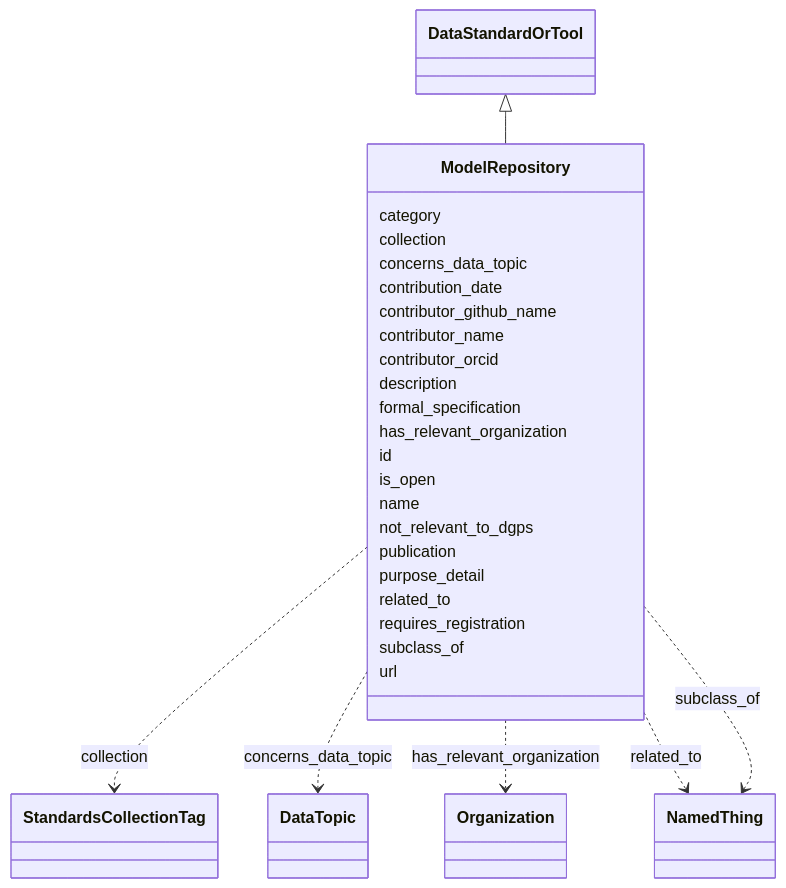
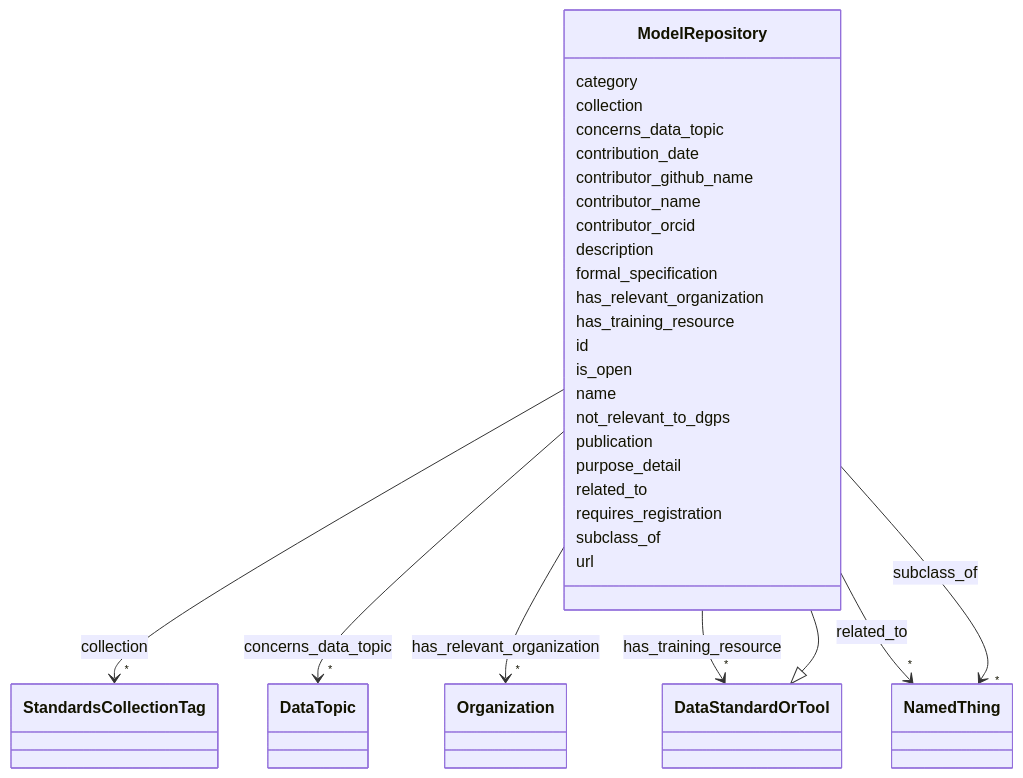
One commit to bridge2ai/standards-schemas changed the diagram in docs/ModelRepository.md. Above: the diagram before and after it, drawn with Mermaid. The commit also changed other lines of this file and 212 other files, not shown here.

````diff
--- a/docs/ModelRepository.md
+++ b/docs/ModelRepository.md
@@ -11,17 +19,29 @@
 ```mermaid
  classDiagram
     class ModelRepository
+    click ModelRepository href "../ModelRepository"
       DataStandardOrTool <|-- ModelRepository
+        click DataStandardOrTool href "../DataStandardOrTool"
       
       ModelRepository : category
         
       ModelRepository : collection
         
-          ModelRepository ..> StandardsCollectionTag : collection
+          
+    
+    
+    ModelRepository --> "*" StandardsCollectionTag : collection
+    click StandardsCollectionTag href "../StandardsCollectionTag"
+
         
       ModelRepository : concerns_data_topic
         
-          ModelRepository ..> DataTopic : concerns_data_topic
+          
+    
+    
+    ModelRepository --> "*" DataTopic : concerns_data_topic
+    click DataTopic href "../DataTopic"
+
         
       ModelRepository : contribution_date
         
@@ -37,7 +57,21 @@
         
       ModelRepository : has_relevant_organization
         
-          ModelRepository ..> Organization : has_relevant_organization
+          
+    
+    
+    ModelRepository --> "*" Organization : has_relevant_organization
+    click Organization href "../Organization"
+
+        
+      ModelRepository : has_training_resource
+        
+          
+    
+    
+    ModelRepository --> "*" DataStandardOrTool : has_training_resource
+    click DataStandardOrTool href "../DataStandardOrTool"
+
         
       ModelRepository : id
         
@@ -53,13 +87,23 @@
         
       ModelRepository : related_to
         
-          ModelRepository ..> NamedThing : related_to
+          
+    
+    
+    ModelRepository --> "*" NamedThing : related_to
+    click NamedThing href "../NamedThing"
+
         
       ModelRepository : requires_registration
         
       ModelRepository : subclass_of
         
-          ModelRepository ..> NamedThing : subclass_of
+          
+    
+    
+    ModelRepository --> "*" NamedThing : subclass_of
+    click NamedThing href "../NamedThing"
+
         
       ModelRepository : url
         
````
